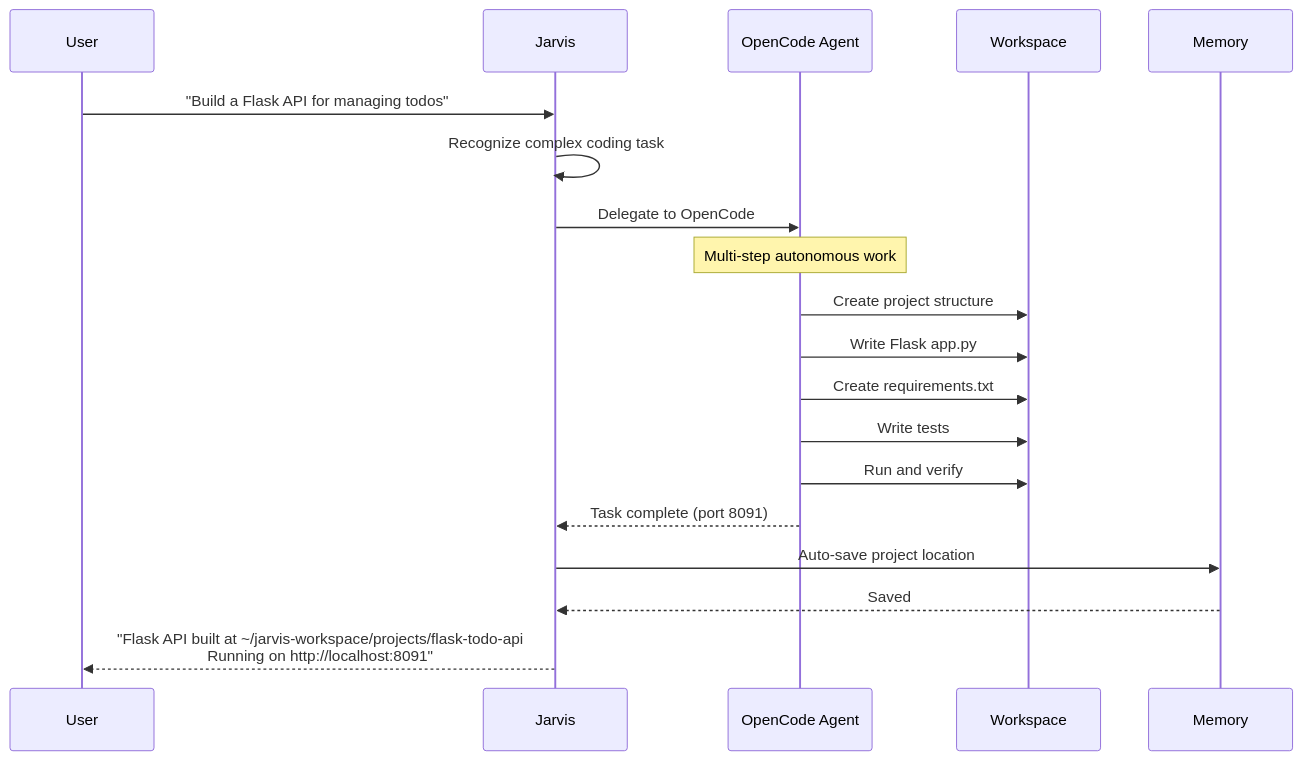
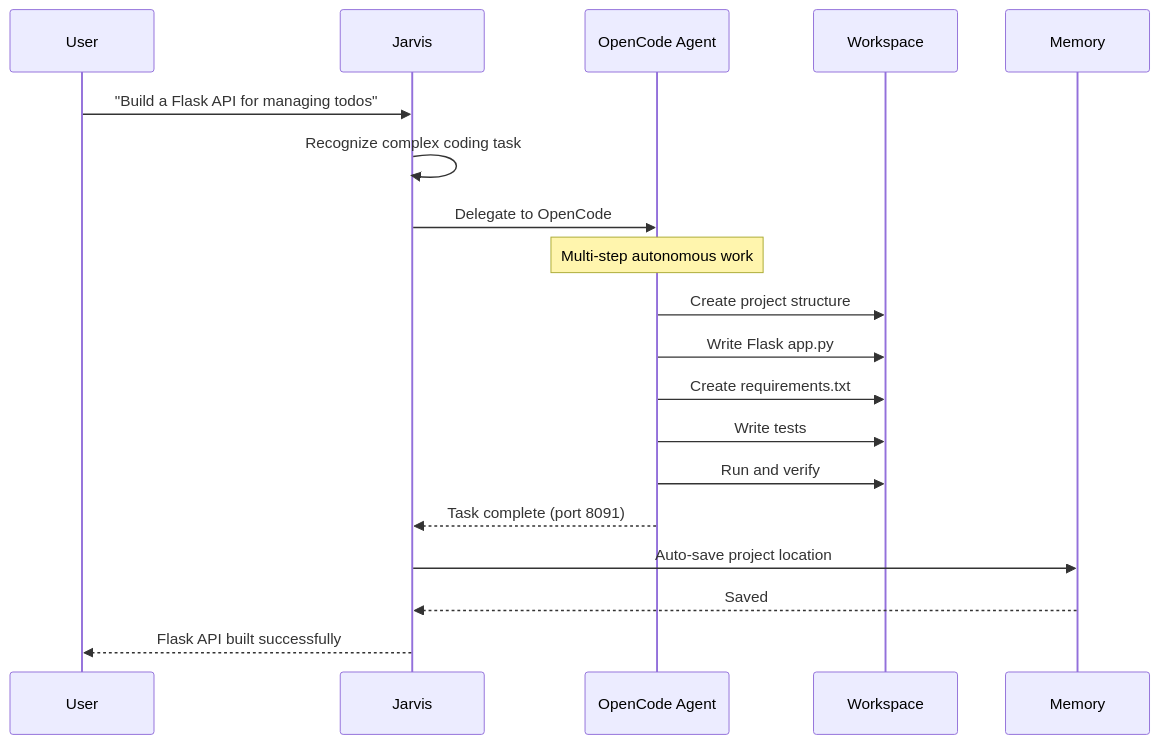
One commit to bigsk1/jarvis-voice changed diagram 12 of 12 in docs/JARVIS_WORKFLOW.md. Above: the diagram before and after it, drawn with Mermaid. The commit also changed other lines of this file, not shown here.

Commit message:
remove <br from mermaid charts

````diff
--- a/docs/JARVIS_WORKFLOW.md
+++ b/docs/JARVIS_WORKFLOW.md
@@ -497,24 +535,24 @@
 ```mermaid
 sequenceDiagram
     participant U as User
     participant J as Jarvis
     participant OC as OpenCode Agent
     participant WS as Workspace
     participant Mem as Memory
     
     U->>J: "Build a Flask API for managing todos"
     J->>J: Recognize complex coding task
     J->>OC: Delegate to OpenCode
     
     Note over OC: Multi-step autonomous work
     OC->>WS: Create project structure
     OC->>WS: Write Flask app.py
     OC->>WS: Create requirements.txt
     OC->>WS: Write tests
     OC->>WS: Run and verify
     
     OC-->>J: Task complete (port 8091)
     J->>Mem: Auto-save project location
     Mem-->>J: Saved
-    J-->>U: "Flask API built at ~/jarvis-workspace/projects/flask-todo-api<br/>Running on http://localhost:8091"
+    J-->>U: Flask API built successfully
 ```
````
